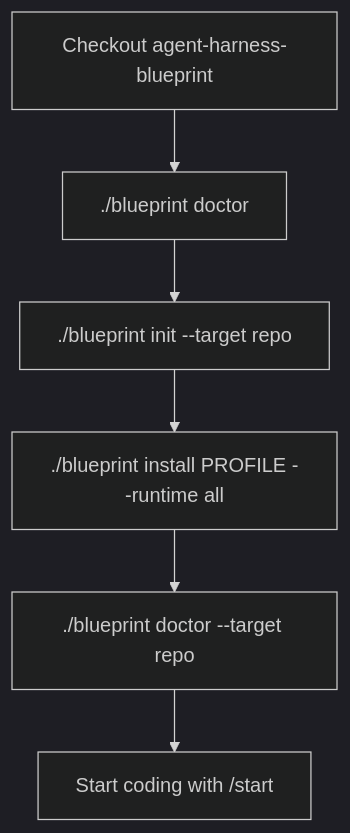
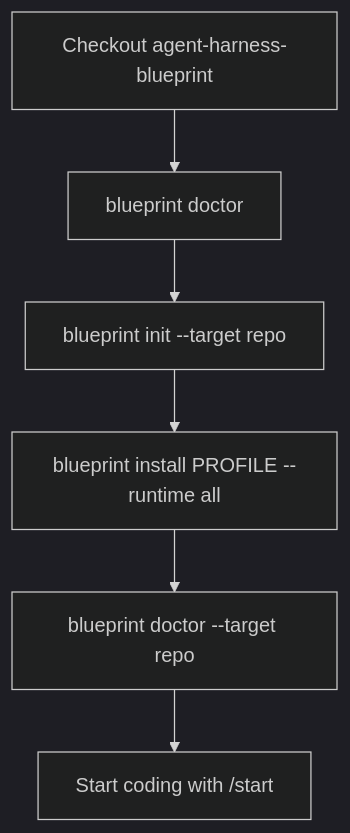
Before and after one commit to Supparerk23/agent-harness-blueprint: the first of 2 diagrams in docs/setup.md, drawn with Mermaid (dark theme). The commit also changed other lines of this file and 18 other files, not shown here.

````diff
--- a/docs/setup.md
+++ b/docs/setup.md
@@ -7,8 +17,8 @@
 ```mermaid
 flowchart TD
-  A[Checkout agent-harness-blueprint] --> B["./blueprint doctor"]
-  B --> C["./blueprint init --target repo"]
-  C --> D["./blueprint install PROFILE --runtime all"]
-  D --> E["./blueprint doctor --target repo"]
+  A[Checkout agent-harness-blueprint] --> B["blueprint doctor"]
+  B --> C["blueprint init --target repo"]
+  C --> D["blueprint install PROFILE --runtime all"]
+  D --> E["blueprint doctor --target repo"]
   E --> F[Start coding with /start]
 ```
````
